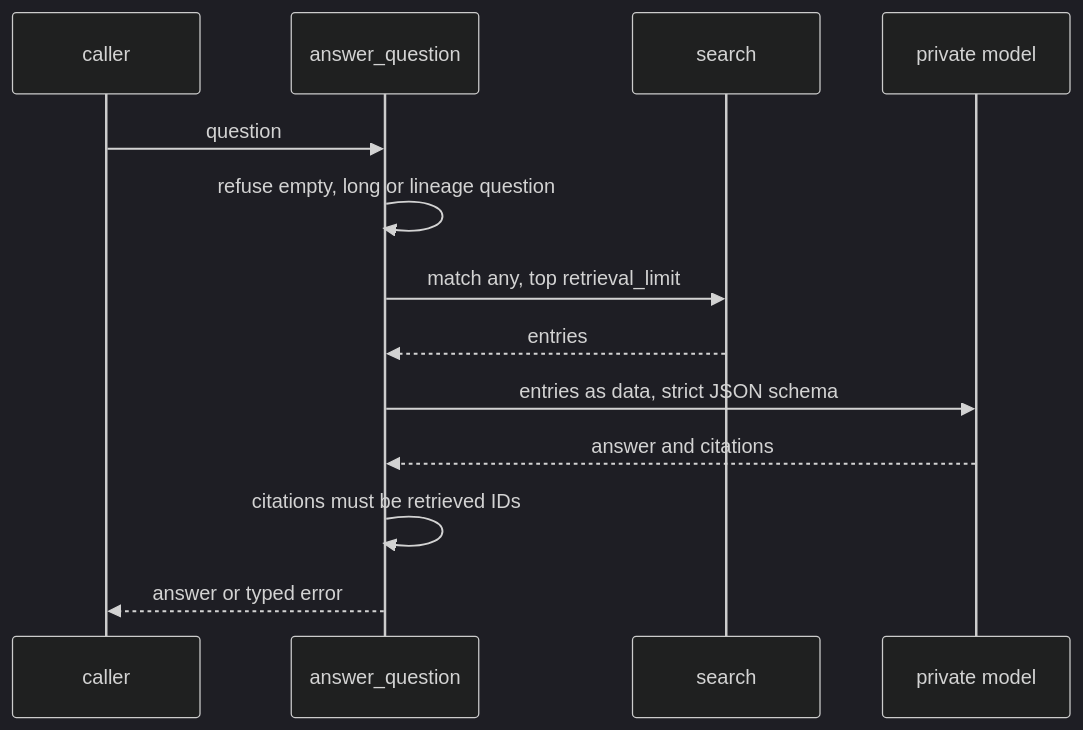
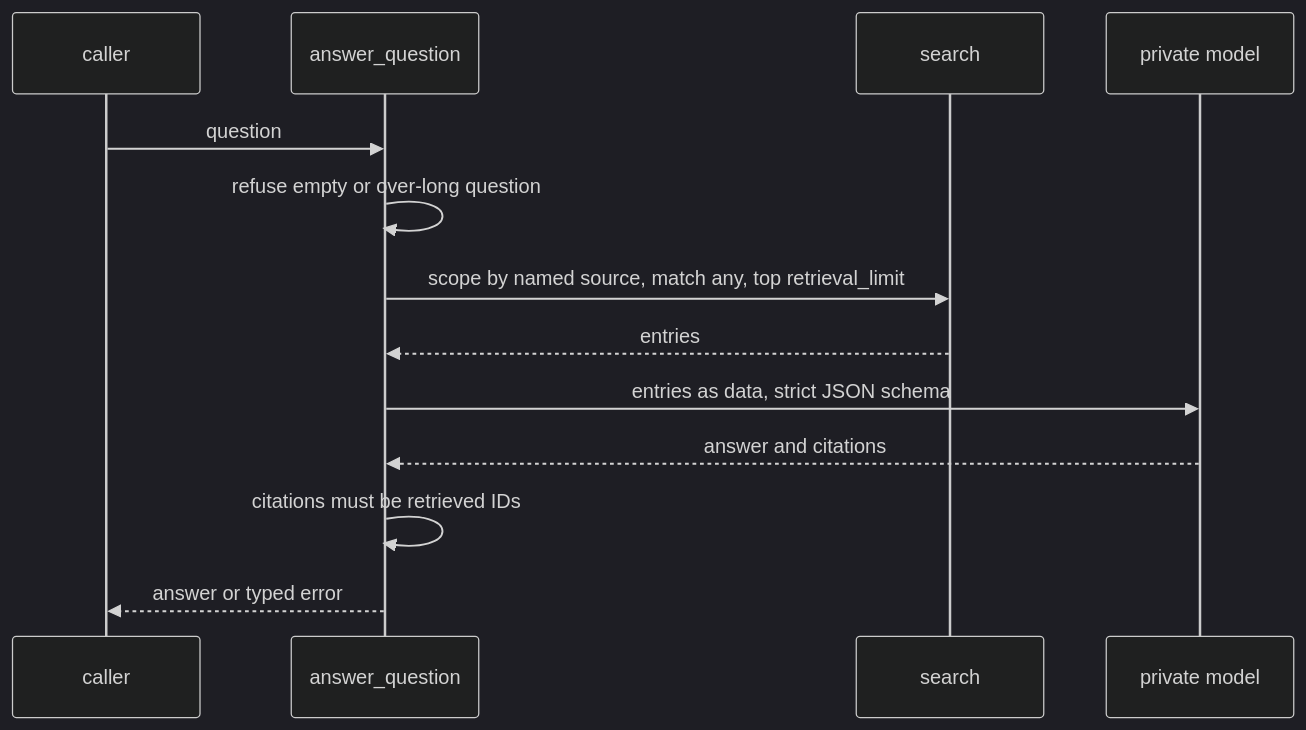
The fourth of 8 diagrams in TECHNICAL_IMPLEMENTATION.md (bayern4teams/db-catalogue), drawn with Mermaid (dark theme) before and after one commit. The commit also changed other lines of this file and 2 other files, not shown here.

````diff
--- a/TECHNICAL_IMPLEMENTATION.md
+++ b/TECHNICAL_IMPLEMENTATION.md
@@ -91,15 +91,15 @@
 ```mermaid
 sequenceDiagram
   participant U as caller
   participant A as answer_question
   participant S as search
   participant M as private model
   U->>A: question
-  A->>A: refuse empty, long or lineage question
-  A->>S: match any, top retrieval_limit
+  A->>A: refuse empty or over-long question
+  A->>S: scope by named source, match any, top retrieval_limit
   S-->>A: entries
   A->>M: entries as data, strict JSON schema
   M-->>A: answer and citations
   A->>A: citations must be retrieved IDs
   A-->>U: answer or typed error
 ```
````
